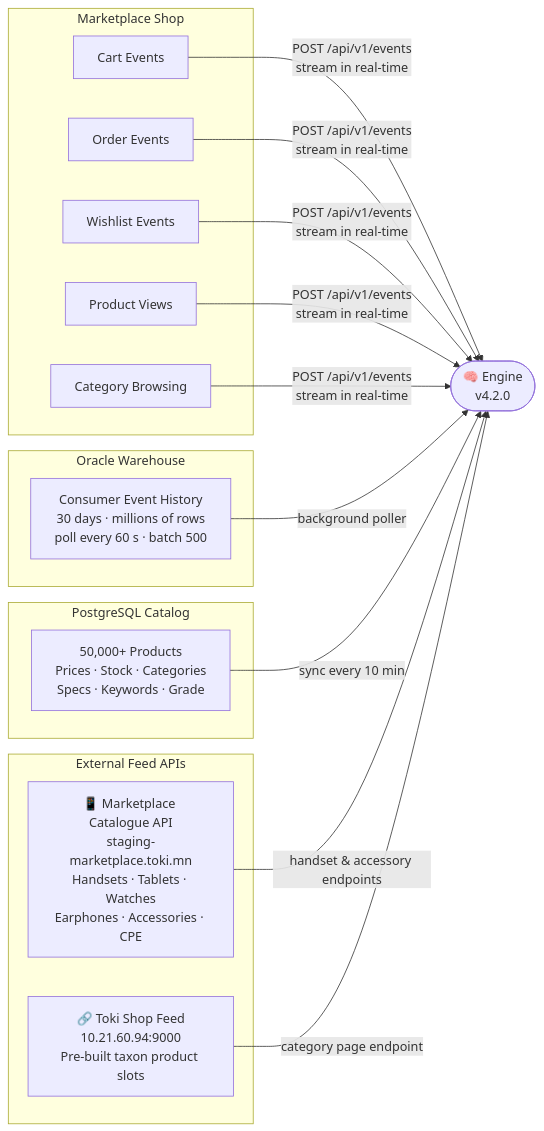
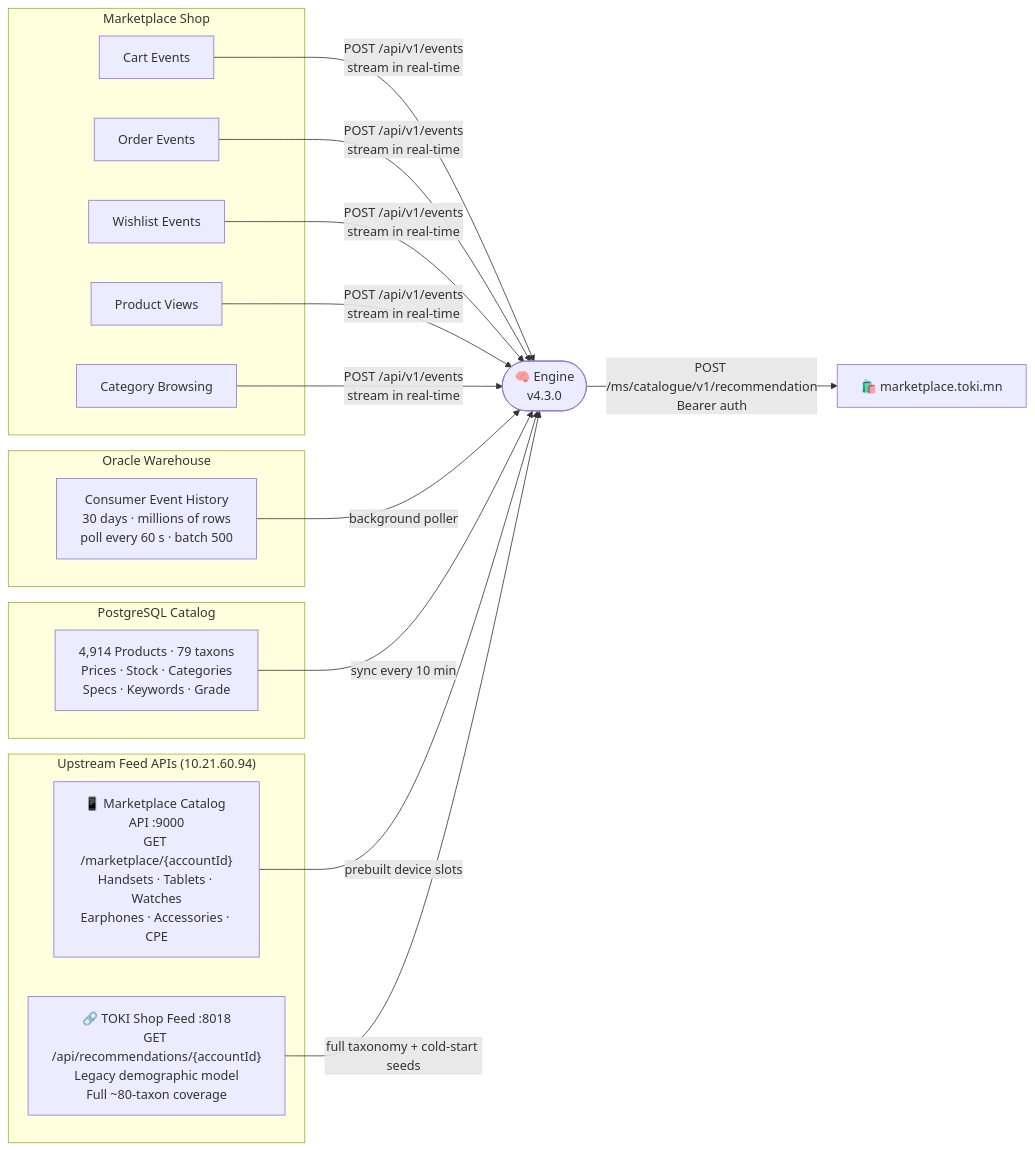
Before and after one commit to unitelds/marketplace-stream-data-recommendation-engine: the second of 10 diagrams in docs/SYSTEM_PRESENTATION.md, drawn with Mermaid. The commit also changed other lines of this file and 20 other files, not shown here.

````diff
--- a/docs/SYSTEM_PRESENTATION.md
+++ b/docs/SYSTEM_PRESENTATION.md
@@ -62,31 +62,32 @@
 ```mermaid
 flowchart LR
     subgraph SHOP["Marketplace Shop"]
         A1["Cart Events"]
         A2["Order Events"]
         A3["Wishlist Events"]
         A4["Product Views"]
         A5["Category Browsing"]
     end
 
     subgraph ORACLE["Oracle Warehouse"]
         B1["Consumer Event History\n30 days · millions of rows\npoll every 60 s · batch 500"]
     end
 
     subgraph POSTGRES["PostgreSQL Catalog"]
-        C1["50,000+ Products\nPrices · Stock · Categories\nSpecs · Keywords · Grade"]
+        C1["4,914 Products · 79 taxons\nPrices · Stock · Categories\nSpecs · Keywords · Grade"]
     end
 
-    subgraph EXTERNAL["External Feed APIs"]
-        D1["📱 Marketplace Catalogue API\nstaging-marketplace.toki.mn\nHandsets · Tablets · Watches\nEarphones · Accessories · CPE"]
-        D2["🔗 Toki Shop Feed\n10.21.60.94:9000\nPre-built taxon product slots"]
+    subgraph EXTERNAL["Upstream Feed APIs (10.21.60.94)"]
+        D1["📱 Marketplace Catalog API :9000\nGET /marketplace/{accountId}\nHandsets · Tablets · Watches\nEarphones · Accessories · CPE"]
+        D2["🔗 TOKI Shop Feed :8018\nGET /api/recommendations/{accountId}\nLegacy demographic model\nFull ~80-taxon coverage"]
     end
 
     A1 & A2 & A3 & A4 & A5 -->|POST /api/v1/events\nstream in real-time| ENG
     B1 -->|background poller| ENG
     C1 -->|sync every 10 min| ENG
-    D1 -->|handset & accessory endpoints| ENG
-    D2 -->|category page endpoint| ENG
+    D1 -->|prebuilt device slots| ENG
+    D2 -->|full taxonomy + cold-start seeds| ENG
+    ENG -->|POST /ms/catalogue/v1/recommendation\nBearer auth| OUT["🛍️ marketplace.toki.mn"]
 
-    ENG(["🧠 Engine\nv4.2.0"])
+    ENG(["🧠 Engine\nv4.3.0"])
 ```
````
